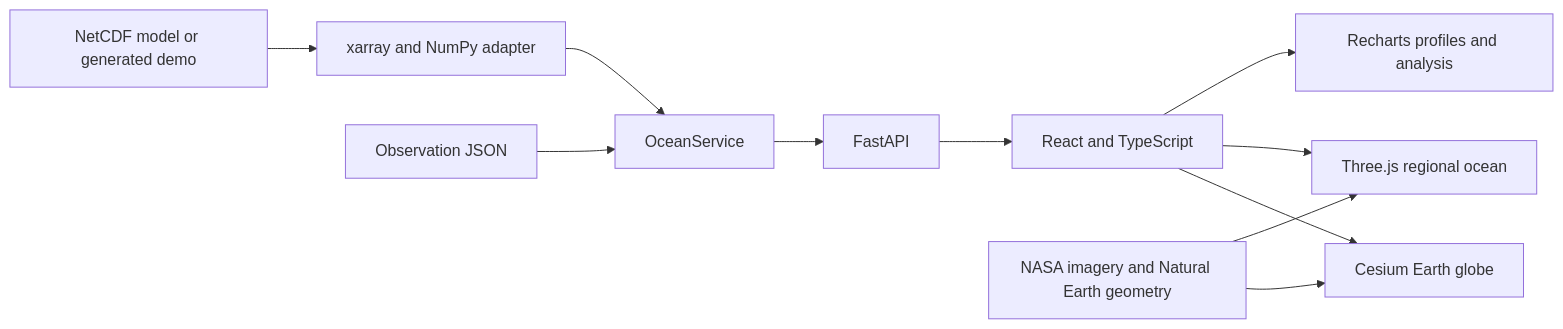
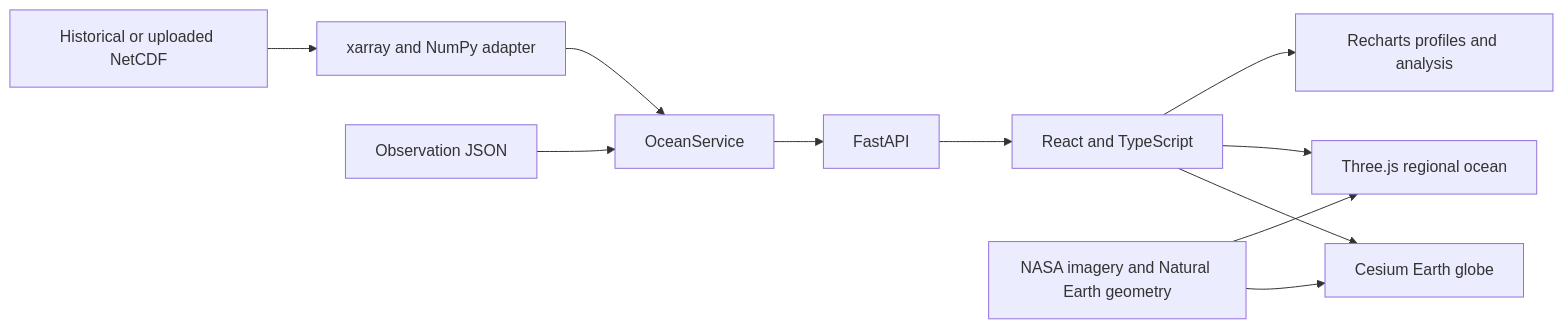
The diagram in README.md (sidhesh0706/OceanTwin), drawn with Mermaid before and after one commit. The commit also changed other lines of this file and 48 other files, not shown here.

````diff
--- a/README.md
+++ b/README.md
@@ -143,13 +121,13 @@
 ```mermaid
 flowchart LR
-    A[NetCDF model or generated demo] --> B[xarray and NumPy adapter]
+    A[Historical or uploaded NetCDF] --> B[xarray and NumPy adapter]
     O[Observation JSON] --> C[OceanService]
     B --> C
     C --> D[FastAPI]
     D --> E[React and TypeScript]
     E --> F[Cesium Earth globe]
     E --> G[Three.js regional ocean]
     E --> H[Recharts profiles and analysis]
     I[NASA imagery and Natural Earth geometry] --> F
     I --> G
 ```
````
